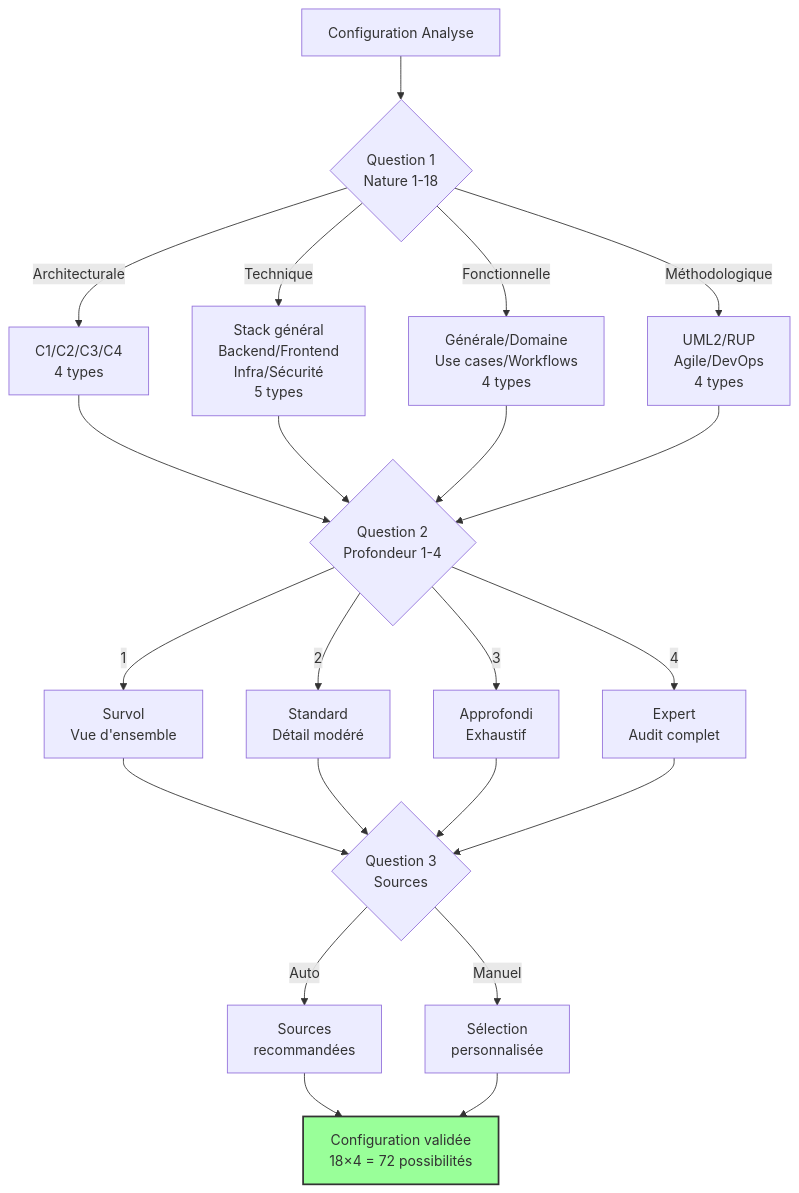
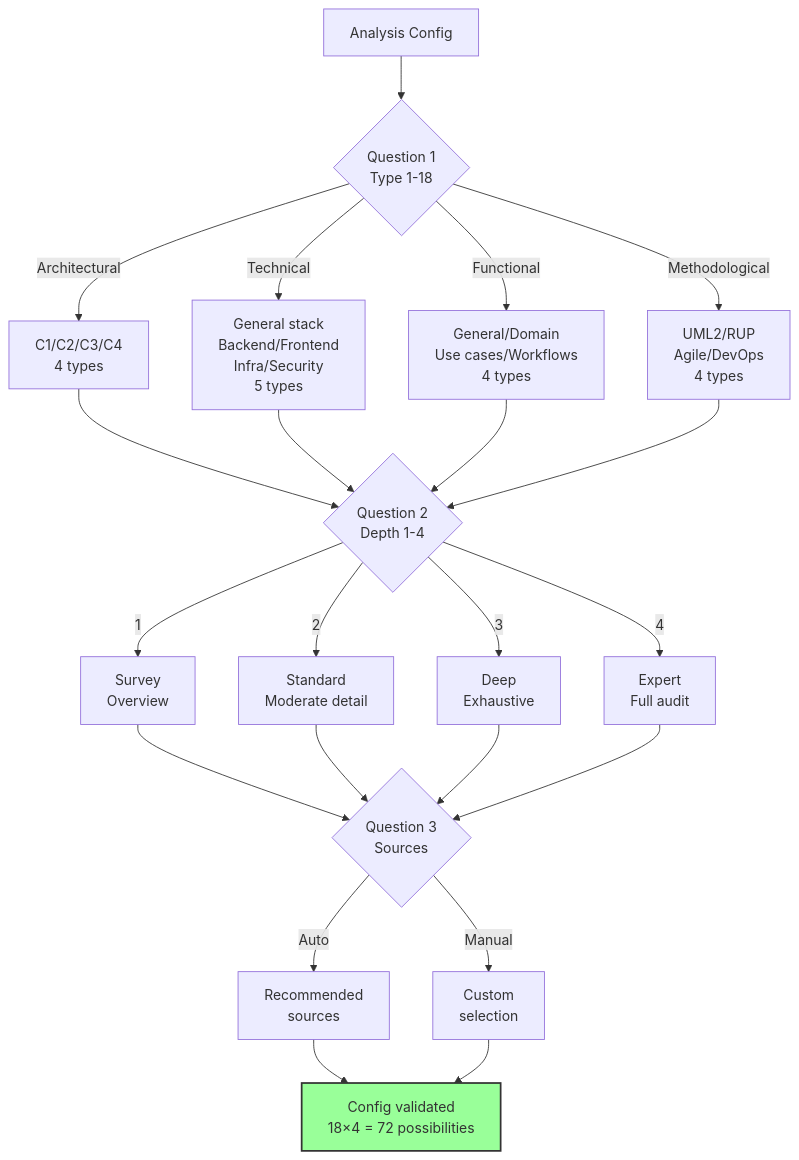
Before and after one commit to lcalmejane/aikido: the second of 5 diagrams in prompts/hard_points/commands/analyse-project.md, drawn with Mermaid. The commit also changed other lines of this file and 159 other files, not shown here.

````diff
--- a/prompts/hard_points/commands/analyse-project.md
+++ b/prompts/hard_points/commands/analyse-project.md
@@ -94,31 +96,31 @@
 ```mermaid
 graph TD
-    START[Configuration Analyse] --> Q1{Question 1<br/>Nature 1-18}
-    Q1 -->|Architecturale| ARCH[C1/C2/C3/C4<br/>4 types]
-    Q1 -->|Technique| TECH[Stack général<br/>Backend/Frontend<br/>Infra/Sécurité<br/>5 types]
-    Q1 -->|Fonctionnelle| FUNC[Générale/Domaine<br/>Use cases/Workflows<br/>4 types]
-    Q1 -->|Méthodologique| METH[UML2/RUP<br/>Agile/DevOps<br/>4 types]
+    START[Analysis Config] --> Q1{Question 1<br/>Type 1-18}
+    Q1 -->|Architectural| ARCH[C1/C2/C3/C4<br/>4 types]
+    Q1 -->|Technical| TECH[General stack<br/>Backend/Frontend<br/>Infra/Security<br/>5 types]
+    Q1 -->|Functional| FUNC[General/Domain<br/>Use cases/Workflows<br/>4 types]
+    Q1 -->|Methodological| METH[UML2/RUP<br/>Agile/DevOps<br/>4 types]
 
     ARCH --> Q2
     TECH --> Q2
     FUNC --> Q2
     METH --> Q2
 
-    Q2{Question 2<br/>Profondeur 1-4} -->|1| SURVOL[Survol<br/>Vue d'ensemble]
-    Q2 -->|2| STANDARD[Standard<br/>Détail modéré]
-    Q2 -->|3| APPROFONDI[Approfondi<br/>Exhaustif]
-    Q2 -->|4| EXPERT[Expert<br/>Audit complet]
+    Q2{Question 2<br/>Depth 1-4} -->|1| SURVEY[Survey<br/>Overview]
+    Q2 -->|2| STANDARD[Standard<br/>Moderate detail]
+    Q2 -->|3| DEEP[Deep<br/>Exhaustive]
+    Q2 -->|4| EXPERT[Expert<br/>Full audit]
 
-    SURVOL --> Q3
+    SURVEY --> Q3
     STANDARD --> Q3
-    APPROFONDI --> Q3
+    DEEP --> Q3
     EXPERT --> Q3
 
-    Q3{Question 3<br/>Sources} -->|Auto| RECO[Sources<br/>recommandées]
-    Q3 -->|Manuel| CUSTOM[Sélection<br/>personnalisée]
+    Q3{Question 3<br/>Sources} -->|Auto| RECO[Recommended<br/>sources]
+    Q3 -->|Manual| CUSTOM[Custom<br/>selection]
 
-    RECO --> CONFIG[Configuration validée<br/>18×4 = 72 possibilités]
+    RECO --> CONFIG[Config validated<br/>18×4 = 72 possibilities]
     CUSTOM --> CONFIG
 
     style CONFIG fill:#9f9,stroke:#333,stroke-width:2px
 ```
````
